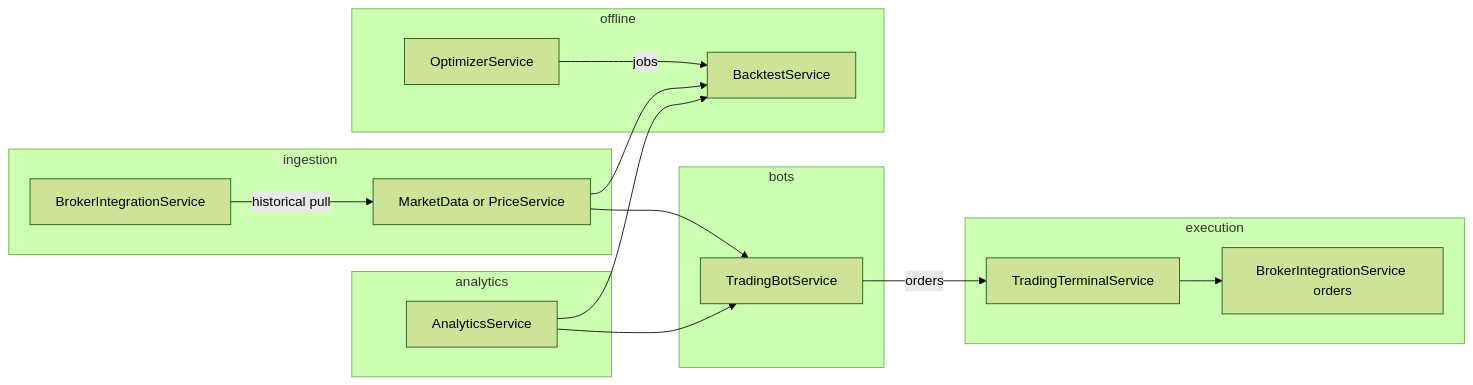
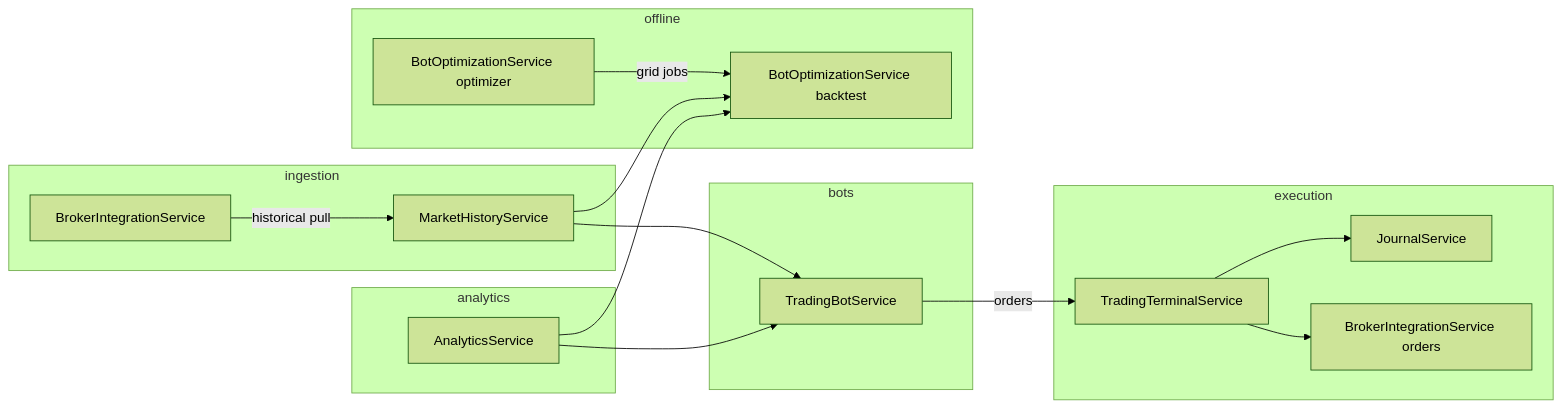
The diagram in docs/OS_ENGINE_TRANSFORMATION_ALGORITHM.md (BelyaevDmitryi/FinancialSystem), drawn with Mermaid (forest theme) before and after one commit. The commit also changed other lines of this file and 459 other files, not shown here.

````diff
--- a/docs/OS_ENGINE_TRANSFORMATION_ALGORITHM.md
+++ b/docs/OS_ENGINE_TRANSFORMATION_ALGORITHM.md
@@ -574,34 +576,36 @@
 ```mermaid
 flowchart LR
   subgraph ingestion
     B[BrokerIntegrationService]
-    M[MarketData or PriceService]
+    M[MarketHistoryService]
     B -->|historical pull| M
   end
 
   subgraph analytics
     A[AnalyticsService]
   end
 
   subgraph execution
     T[TradingTerminalService]
+    J[JournalService]
     K[BrokerIntegrationService orders]
     T --> K
+    T --> J
   end
 
   subgraph bots
     R[TradingBotService]
   end
 
   subgraph offline
-    S[BacktestService]
-    O[OptimizerService]
-    O -->|jobs| S
+  S[BotOptimizationService backtest]
+  O[BotOptimizationService optimizer]
+  O -->|grid jobs| S
   end
 
   M --> R
   M --> S
   A --> R
   A --> S
   R -->|orders| T
 ```
````
